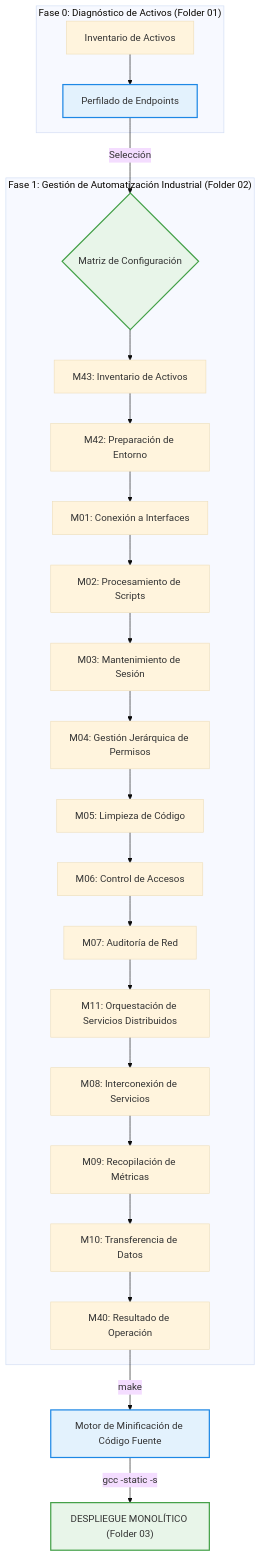
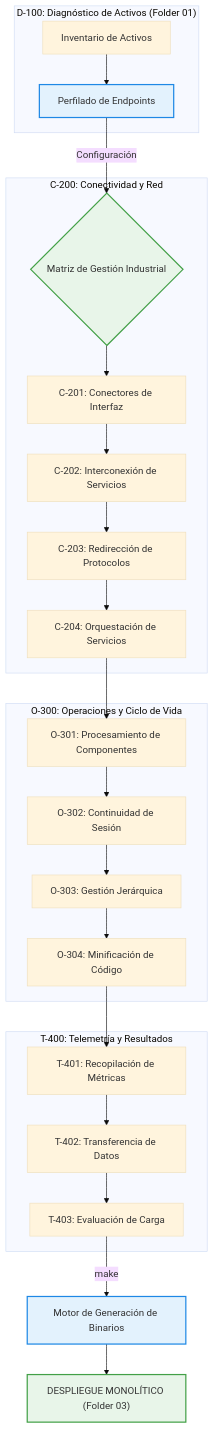
One commit to j3susangar1ca/infraestructura changed the diagram in README.md. Above: the diagram before and after it, drawn with Mermaid (base theme). The commit also changed other lines of this file, not shown here.

````diff
--- a/README.md
+++ b/README.md
@@ -26,33 +27,36 @@
 ```mermaid
 graph TD
-    subgraph "Fase 0: Diagnóstico de Activos (Folder 01)"
+    subgraph "D-100: Diagnóstico de Activos (Folder 01)"
         A1[Inventario de Activos] --> A2["Perfilado de Endpoints"]
     end
 
-    A2 -->|Selección| B{"Matriz de Configuración"}
+    A2 -->|Configuración| B{"Matriz de Gestión Industrial"}
 
-    subgraph "Fase 1: Gestión de Automatización Industrial (Folder 02)"
-        B --> M43["M43: Inventario de Activos"]
-        M43 --> M42["M42: Preparación de Entorno"]
-        M42 --> M01["M01: Conexión a Interfaces"]
-        M01 --> M02["M02: Procesamiento de Scripts"]
-        M02 --> M03["M03: Mantenimiento de Sesión"]
-        M03 --> M04["M04: Gestión Jerárquica de Permisos"]
-        M04 --> M05["M05: Limpieza de Código"]
-        M05 --> M06["M06: Control de Accesos"]
-        M06 --> M07["M07: Auditoría de Red"]
-        M07 --> M11["M11: Orquestación de Servicios Distribuidos"]
-        M11 --> M08["M08: Interconexión de Servicios"]
-        M08 --> M09["M09: Recopilación de Métricas"]
-        M09 --> M10["M10: Transferencia de Datos"]
-        M10 --> M40["M40: Resultado de Operación"]
+    subgraph "C-200: Conectividad y Red"
+        B --> C201["C-201: Conectores de Interfaz"]
+        C201 --> C202["C-202: Interconexión de Servicios"]
+        C202 --> C203["C-203: Redirección de Protocolos"]
+        C203 --> C204["C-204: Orquestación de Servicios"]
     end
 
-    M40 -->|"make"| D["Motor de Minificación de Código Fuente"]
-    D -->|"gcc -static -s"| C["DESPLIEGUE MONOLÍTICO (Folder 03)"]
+    subgraph "O-300: Operaciones y Ciclo de Vida"
+        C204 --> O301["O-301: Procesamiento de Componentes"]
+        O301 --> O302["O-302: Continuidad de Sesión"]
+        O302 --> O303["O-303: Gestión Jerárquica"]
+        O303 --> O304["O-304: Minificación de Código"]
+    end
+
+    subgraph "T-400: Telemetría y Resultados"
+        O304 --> T401["T-401: Recopilación de Métricas"]
+        T401 --> T402["T-402: Transferencia de Datos"]
+        T402 --> T403["T-403: Evaluación de Carga"]
+    end
+
+    T403 -->|"make"| D["Motor de Generación de Binarios"]
+    D --> C_OUT["DESPLIEGUE MONOLÍTICO (Folder 03)"]
 
     style A2 fill:#e3f2fd,stroke:#1e88e5,stroke-width:2px
     style B fill:#e8f5e9,stroke:#43a047,stroke-width:2px
     style D fill:#e3f2fd,stroke:#1e88e5,stroke-width:2px
-    style C fill:#e8f5e9,stroke:#43a047,stroke-width:2px
+    style C_OUT fill:#e8f5e9,stroke:#43a047,stroke-width:2px
 ```
````
